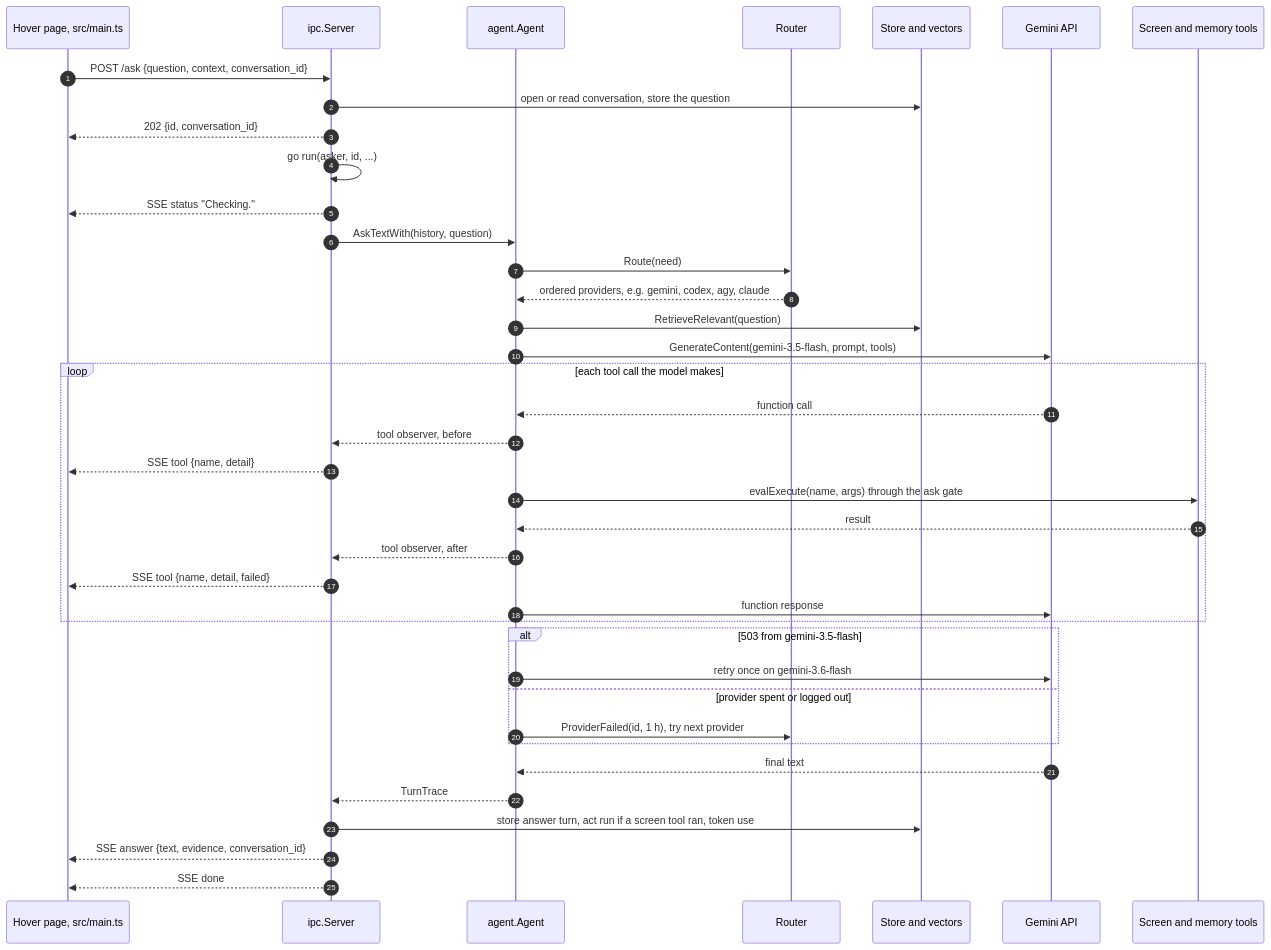
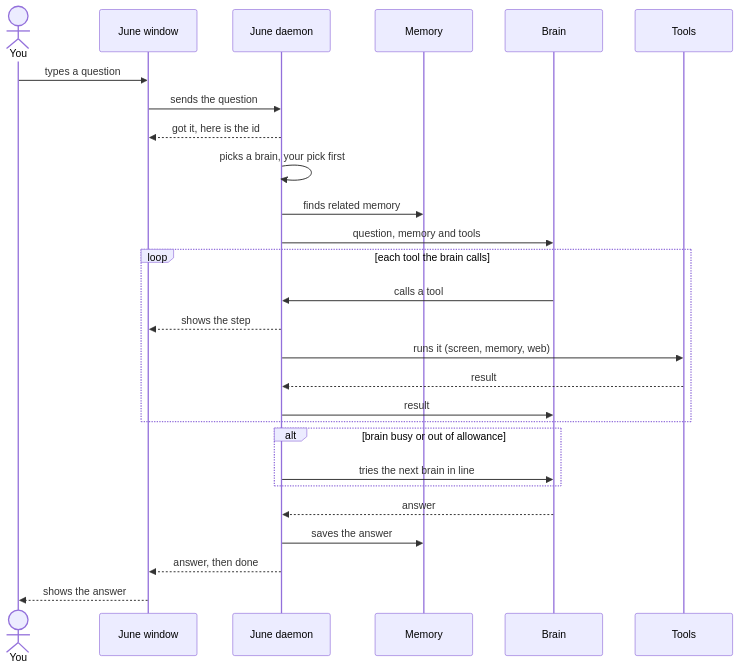
The sixth of 6 diagrams in docs/architecture.md (M-DEV-1/june), drawn with Mermaid before and after one commit. The commit also changed other lines of this file and 6 other files, not shown here.

Commit message:
readme banner, simpler docs diagrams

````diff
--- a/docs/architecture.md
+++ b/docs/architecture.md
@@ -115,42 +111,30 @@
 ```mermaid
 sequenceDiagram
-  autonumber
-  participant H as Hover page, src/main.ts
-  participant S as ipc.Server
-  participant A as agent.Agent
-  participant R as Router
-  participant DB as Store and vectors
-  participant M as Gemini API
-  participant T as Screen and memory tools
+  actor U as You
+  participant W as June window
+  participant D as June daemon
+  participant M as Memory
+  participant B as Brain
+  participant T as Tools
 
-  H->>S: POST /ask {question, context, conversation_id}
-  S->>DB: open or read conversation, store the question
-  S-->>H: 202 {id, conversation_id}
-  S->>S: go run(asker, id, ...)
-  S-->>H: SSE status "Checking."
-  S->>A: AskTextWith(history, question)
-  A->>R: Route(need)
-  R-->>A: ordered providers, e.g. gemini, codex, agy, claude
-  A->>DB: RetrieveRelevant(question)
-  A->>M: GenerateContent(gemini-3.5-flash, prompt, tools)
-  loop each tool call the model makes
-    M-->>A: function call
-    A-->>S: tool observer, before
-    S-->>H: SSE tool {name, detail}
-    A->>T: evalExecute(name, args) through the ask gate
-    T-->>A: result
-    A-->>S: tool observer, after
-    S-->>H: SSE tool {name, detail, failed}
-    A->>M: function response
+  U->>W: types a question
+  W->>D: sends the question
+  D-->>W: got it, here is the id
+  D->>D: picks a brain, your pick first
+  D->>M: finds related memory
+  D->>B: question, memory and tools
+  loop each tool the brain calls
+    B->>D: calls a tool
+    D-->>W: shows the step
+    D->>T: runs it (screen, memory, web)
+    T-->>D: result
+    D->>B: result
   end
-  alt 503 from gemini-3.5-flash
-    A->>M: retry once on gemini-3.6-flash
-  else provider spent or logged out
-    A->>R: ProviderFailed(id, 1 h), try next provider
+  alt brain busy or out of allowance
+    D->>B: tries the next brain in line
   end
-  M-->>A: final text
-  A-->>S: TurnTrace
-  S->>DB: store answer turn, act run if a screen tool ran, token use
-  S-->>H: SSE answer {text, evidence, conversation_id}
-  S-->>H: SSE done
+  B-->>D: answer
+  D->>M: saves the answer
+  D-->>W: answer, then done
+  W-->>U: shows the answer
 ```
````
